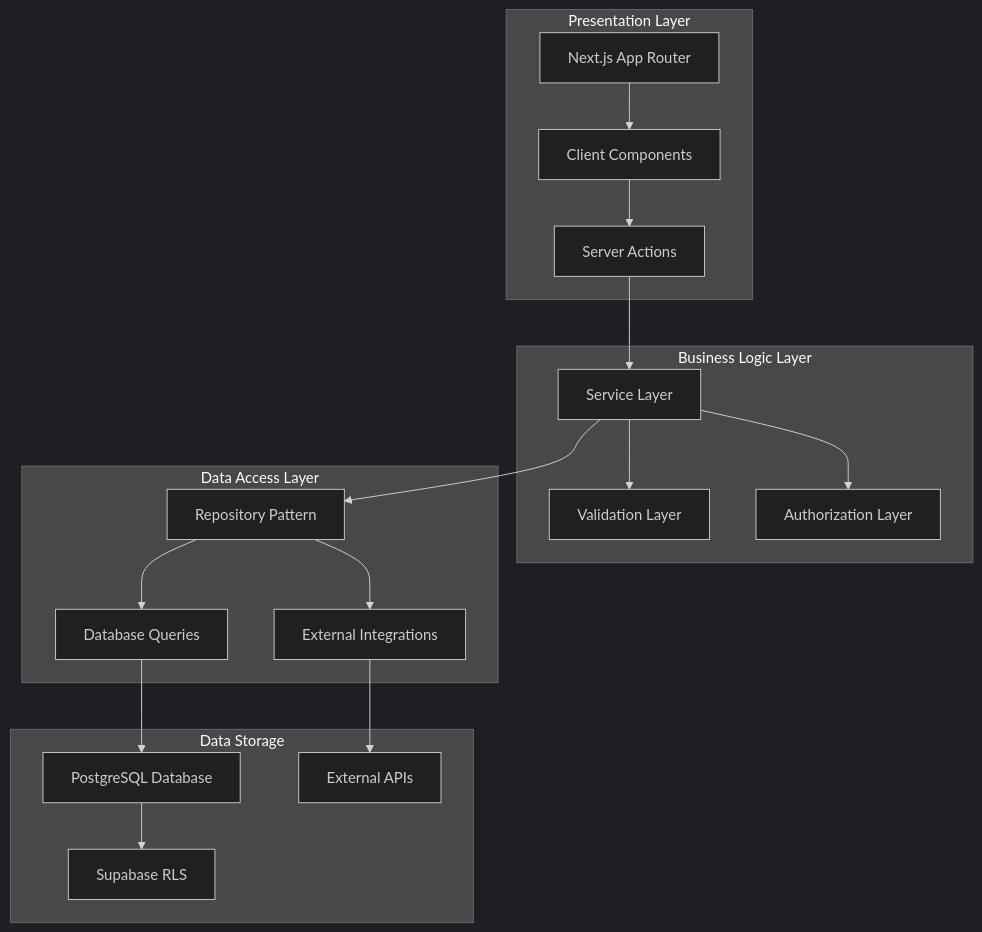
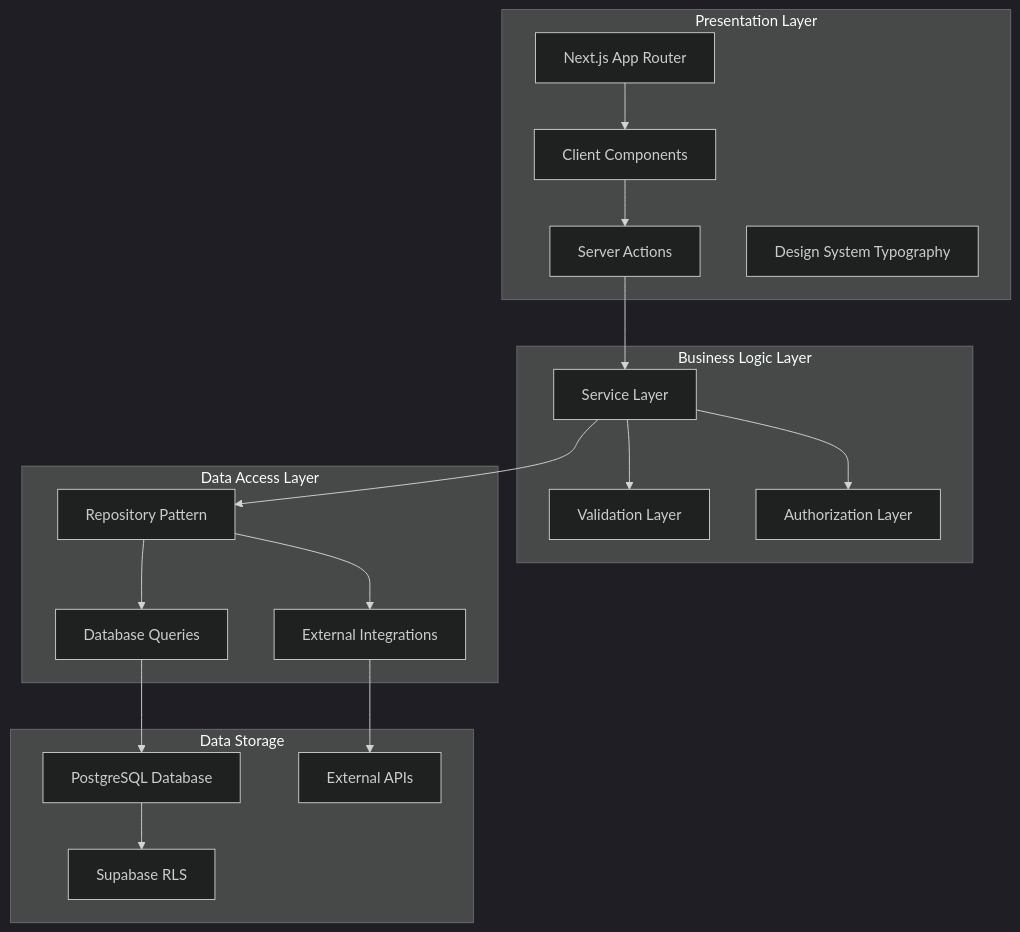
The fifth of 13 diagrams in .qoder/repowiki/en/content/Audiência Management.md (SinesysTech/zattar-os), drawn with Mermaid (dark theme) before and after one commit. The commit also changed other lines of this file and 40 other files, not shown here.

First line of the commit message:
feat(design-system): melhorar conformidade tipográfica e acessibilidade em audiências

````diff
--- a/.qoder/repowiki/en/content/Audiência Management.md
+++ b/.qoder/repowiki/en/content/Audiência Management.md
@@ -242,34 +278,35 @@
 ```mermaid
 graph TD
 subgraph "Presentation Layer"
 A1[Next.js App Router]
 A2[Client Components]
 A3[Server Actions]
+A4[Design System Typography]
 end
 subgraph "Business Logic Layer"
 B1[Service Layer]
 B2[Validation Layer]
 B3[Authorization Layer]
 end
 subgraph "Data Access Layer"
 C1[Repository Pattern]
 C2[Database Queries]
 C3[External Integrations]
 end
 subgraph "Data Storage"
 D1[PostgreSQL Database]
 D2[Supabase RLS]
 D3[External APIs]
 end
 A1 --> A2
 A2 --> A3
 A3 --> B1
 B1 --> B2
 B1 --> B3
 B1 --> C1
 C1 --> C2
 C1 --> C3
 C2 --> D1
 C3 --> D3
 D1 --> D2
 ```
````
